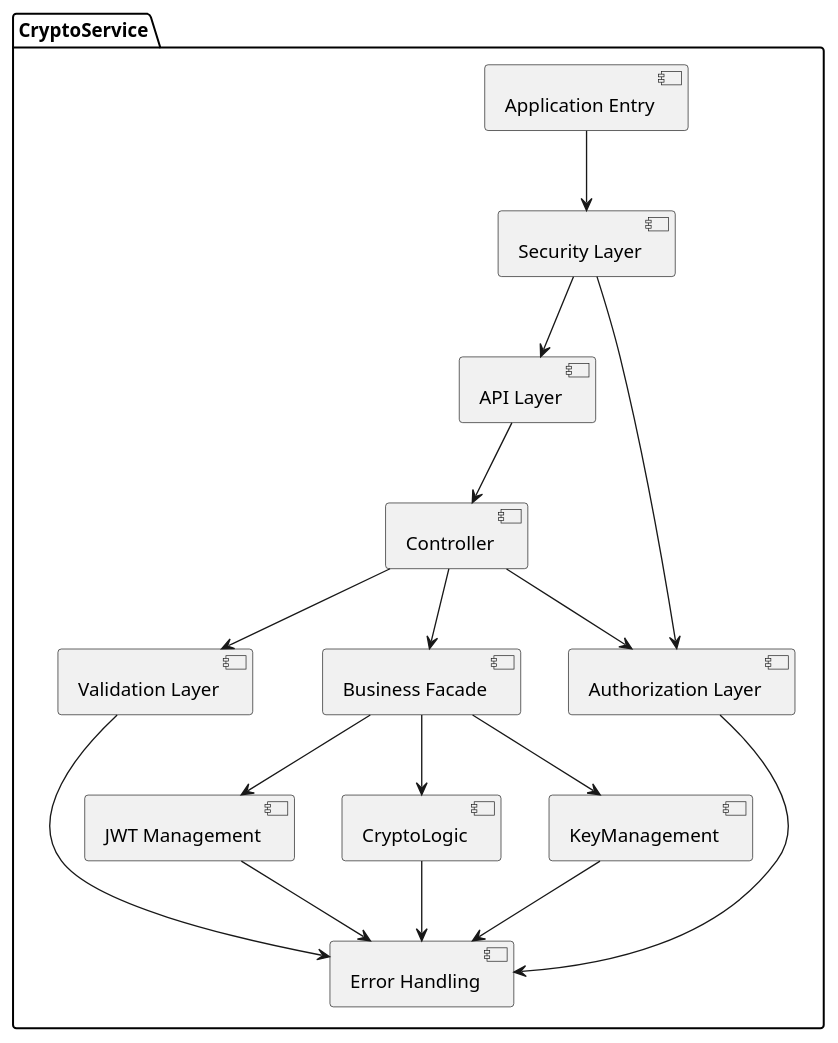
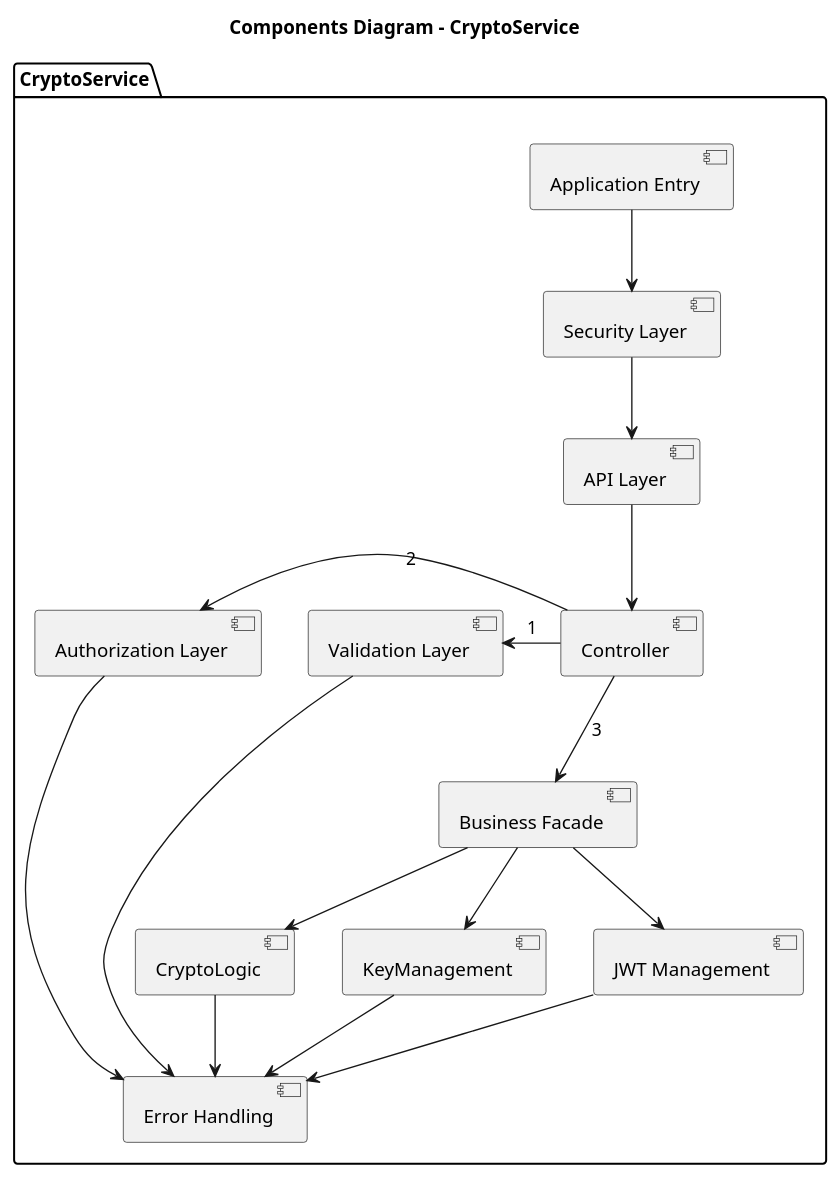
Before and after one commit to Marcey1611/Crypto-Microservice: the diagram in documentation/cryptoservice/uml/components-diagramm/components-diagramm.puml, drawn with PlantUML. The commit also changed 23 other files, not shown here.

```diff
--- a/documentation/cryptoservice/uml/components-diagramm/components-diagramm.puml
+++ b/documentation/cryptoservice/uml/components-diagramm/components-diagramm.puml
@@ -1,31 +1,33 @@
 @startuml
+
+title Components Diagram - CryptoService
+
 package "CryptoService" {
     [Application Entry] as Entry
     [Security Layer] as Security
     [API Layer] as API
     [Controller] as Controller
     [Validation Layer] as Validation
     [Authorization Layer] as Authorization
     [Business Facade] as BusinessFacade
     [KeyManagement] as KeyMgmt
     [JWT Management] as JwtMgmt
     [CryptoLogic] as Crypto
     [Error Handling] as Error
 
     Entry --> Security
     Security --> API
-    Security --> Authorization
     API --> Controller
-    Controller --> Validation
+    Controller -left-> Validation : 1
     Validation --> Error
-    Controller --> Authorization
+    Controller -left-> Authorization : 2
     Authorization --> Error
-    Controller --> BusinessFacade
+    Controller -down-> BusinessFacade : 3
     BusinessFacade --> KeyMgmt
     BusinessFacade --> JwtMgmt
     BusinessFacade --> Crypto
     KeyMgmt --> Error
     JwtMgmt --> Error
     Crypto --> Error
 }
 @enduml
```
